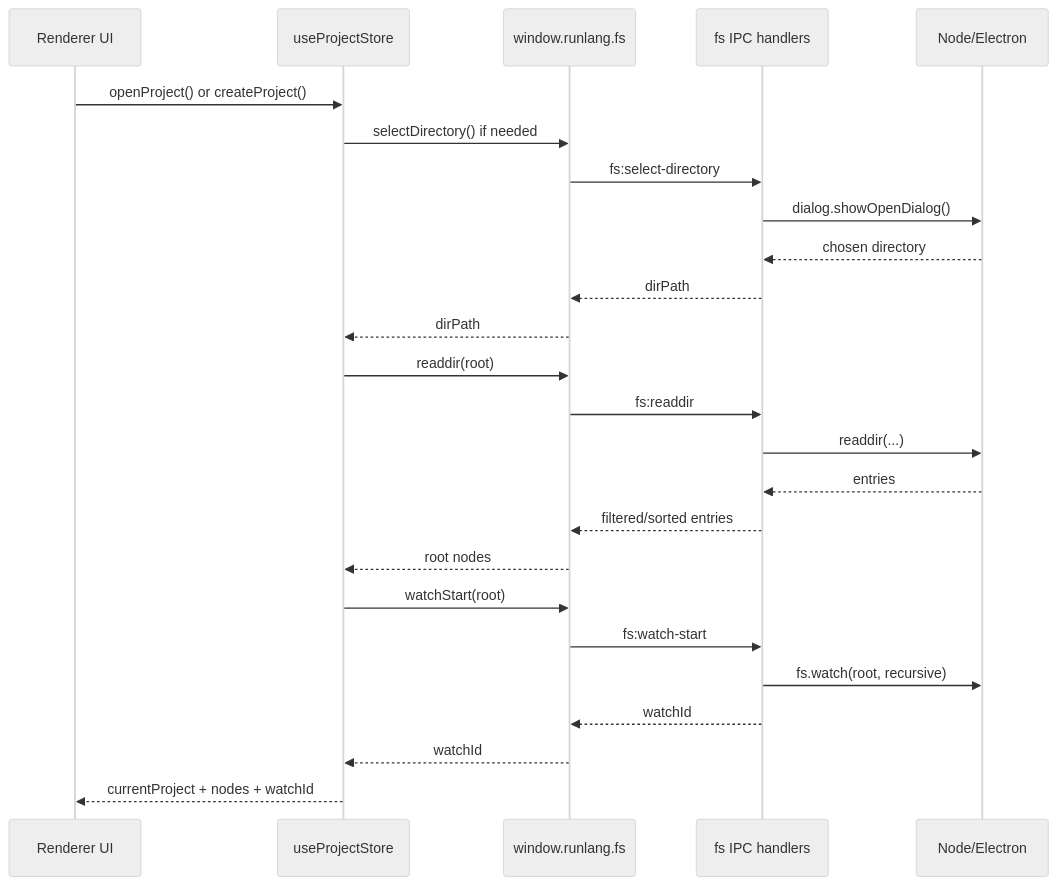
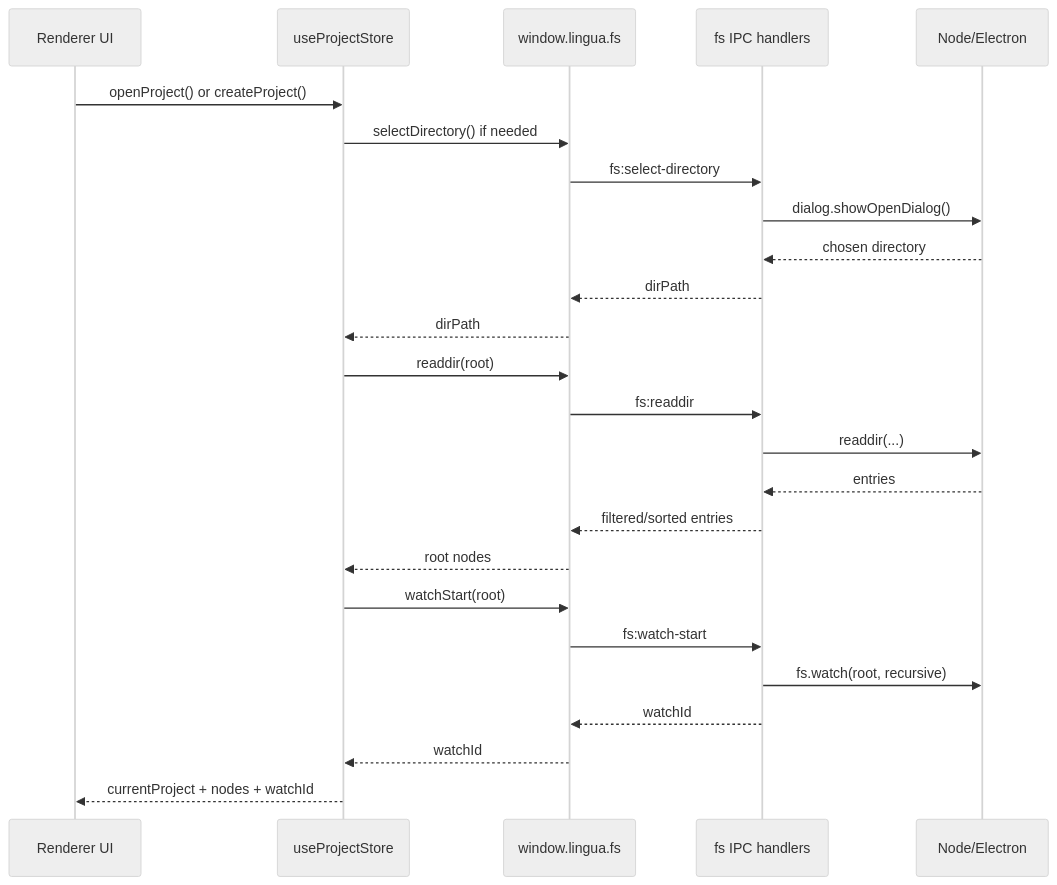
One commit to johnny4young/lingua changed the second of 2 diagrams in ARCHITECTURE.md. Above: the diagram before and after it, drawn with Mermaid (neutral theme). The commit also changed other lines of this file and 56 other files, not shown here.

Commit message:
feat: refactored runlang by lingua, increased backlog todo

````diff
--- a/ARCHITECTURE.md
+++ b/ARCHITECTURE.md
@@ -76,31 +76,31 @@
 ```mermaid
 sequenceDiagram
     participant UI as Renderer UI
     participant Store as useProjectStore
-    participant Preload as window.runlang.fs
+    participant Preload as window.lingua.fs
     participant Main as fs IPC handlers
     participant Native as Node/Electron
 
     UI->>Store: openProject() or createProject()
     Store->>Preload: selectDirectory() if needed
     Preload->>Main: fs:select-directory
     Main->>Native: dialog.showOpenDialog()
     Native-->>Main: chosen directory
     Main-->>Preload: dirPath
     Preload-->>Store: dirPath
 
     Store->>Preload: readdir(root)
     Preload->>Main: fs:readdir
     Main->>Native: readdir(...)
     Native-->>Main: entries
     Main-->>Preload: filtered/sorted entries
     Preload-->>Store: root nodes
 
     Store->>Preload: watchStart(root)
     Preload->>Main: fs:watch-start
     Main->>Native: fs.watch(root, recursive)
     Main-->>Preload: watchId
     Preload-->>Store: watchId
 
     Store-->>UI: currentProject + nodes + watchId
 ```
````
